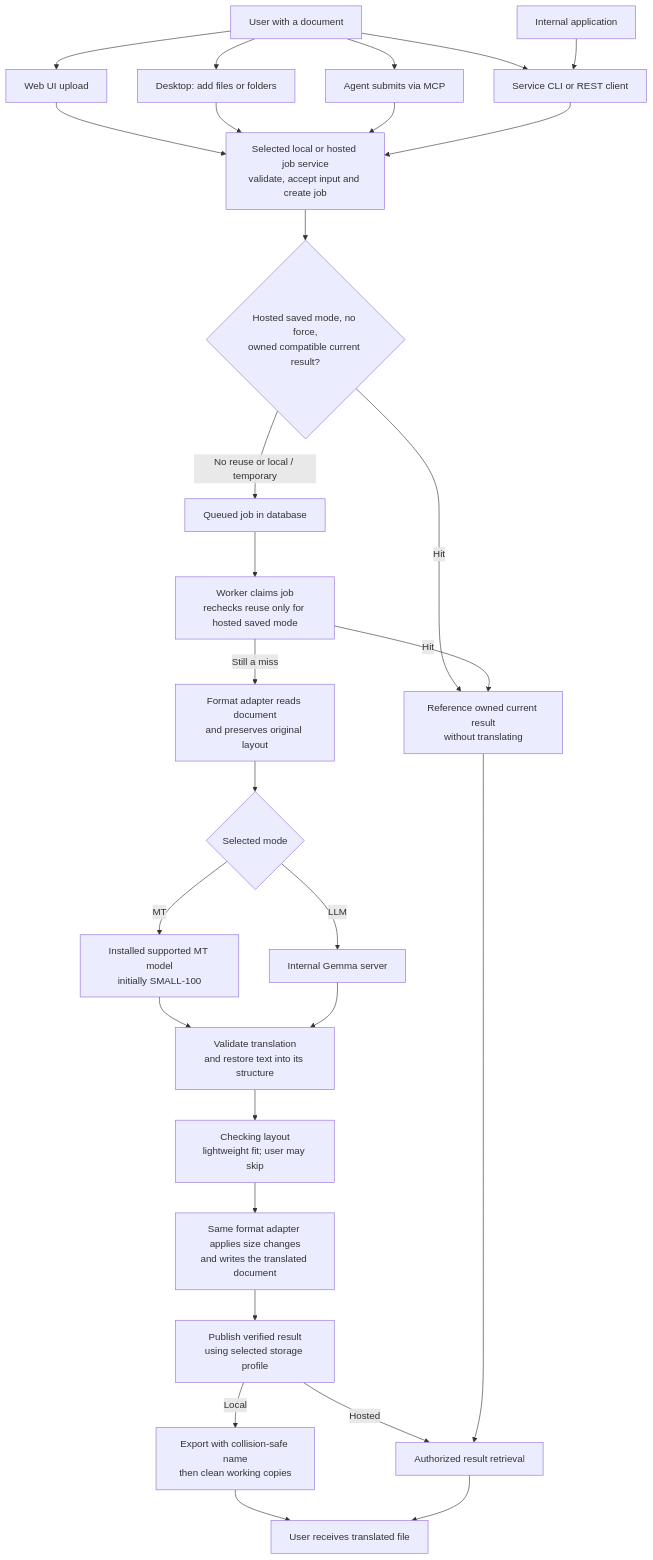
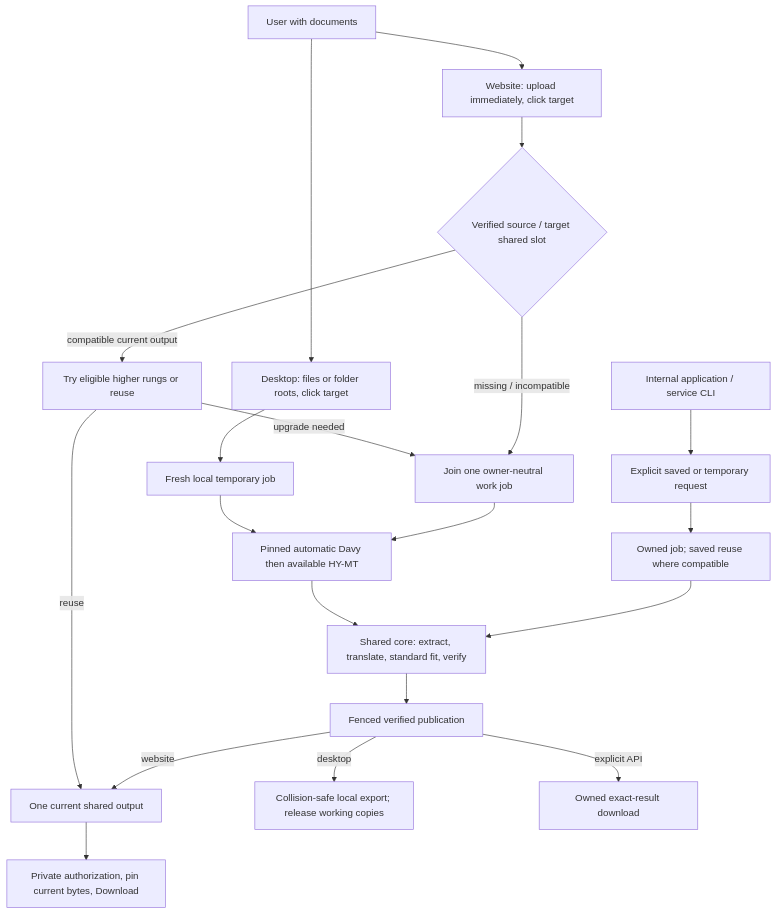
The first of 19 diagrams in docs/Architecture.md (mlei06/document-translator), drawn with Mermaid before and after one commit. The commit also changed other lines of this file and 337 other files, not shown here.

````diff
--- a/docs/Architecture.md
+++ b/docs/Architecture.md
@@ -49,31 +81,22 @@
 ```mermaid
 flowchart TD
-    U["User with a document"] --> UI["Web UI upload"]
-    U --> CLI["Service CLI or REST client"]
-    U --> DESKTOP["Desktop: add files or folders"]
-    INTERNAL["Internal application"] --> CLI
-    U --> MCP["Agent submits via MCP"]
-    UI --> JOB["Selected local or hosted job service<br/>validate, accept input and create job"]
-    DESKTOP --> JOB
-    MCP --> JOB
-    CLI --> JOB
-    JOB --> CACHE{"Hosted saved mode, no force,<br/>owned compatible current result?"}
-    CACHE -->|Hit| REUSE["Reference owned current result<br/>without translating"]
-    CACHE -->|No reuse or local / temporary| QUEUE["Queued job in database"]
-    QUEUE --> WORKER["Worker claims job<br/>rechecks reuse only for hosted saved mode"]
-    WORKER -->|Hit| REUSE
-    WORKER -->|Still a miss| READ["Format adapter reads document<br/>and preserves original layout"]
-    READ --> MODE{"Selected mode"}
-    MODE -->|MT| MT["Installed supported MT model<br/>initially SMALL-100"]
-    MODE -->|LLM| LLM["Internal Gemma server"]
-    MT --> APPLY["Validate translation<br/>and restore text into its structure"]
-    LLM --> APPLY
-    APPLY --> FIT["Checking layout<br/>lightweight fit; user may skip"]
-    FIT --> WRITE["Same format adapter applies size changes<br/>and writes the translated document"]
-    WRITE --> STORE["Publish verified result<br/>using selected storage profile"]
-    STORE -->|Hosted| DOWNLOAD["Authorized result retrieval"]
-    STORE -->|Local| EXPORT["Export with collision-safe name<br/>then clean working copies"]
-    EXPORT --> RESULT
-    REUSE --> DOWNLOAD
-    DOWNLOAD --> RESULT["User receives translated file"]
+    U["User with documents"] --> WEB["Website: upload immediately, click target"]
+    U --> DESK["Desktop: files or folder roots, click target"]
+    INTERNAL["Internal application / service CLI"] --> API["Explicit saved or temporary request"]
+    WEB --> SHARED{"Verified source / target shared slot"}
+    SHARED -->|compatible current output| RANK["Try eligible higher rungs or reuse"]
+    SHARED -->|missing / incompatible| WORK["Join one owner-neutral work job"]
+    RANK -->|upgrade needed| WORK
+    DESK --> LOCAL["Fresh local temporary job"]
+    API --> EXPLICIT["Owned job; saved reuse where compatible"]
+    WORK --> LADDER["Pinned automatic Davy then available HY-MT"]
+    LOCAL --> LADDER
+    EXPLICIT --> CORE["Shared core: extract, translate, standard fit, verify"]
+    LADDER --> CORE
+    CORE --> PUBLISH["Fenced verified publication"]
+    PUBLISH -->|website| SLOT["One current shared output"]
+    RANK -->|reuse| SLOT
+    SLOT --> DOWNLOAD["Private authorization, pin current bytes, Download"]
+    PUBLISH -->|desktop| EXPORT["Collision-safe local export; release working copies"]
+    PUBLISH -->|explicit API| EXACT["Owned exact-result download"]
 ```
````
